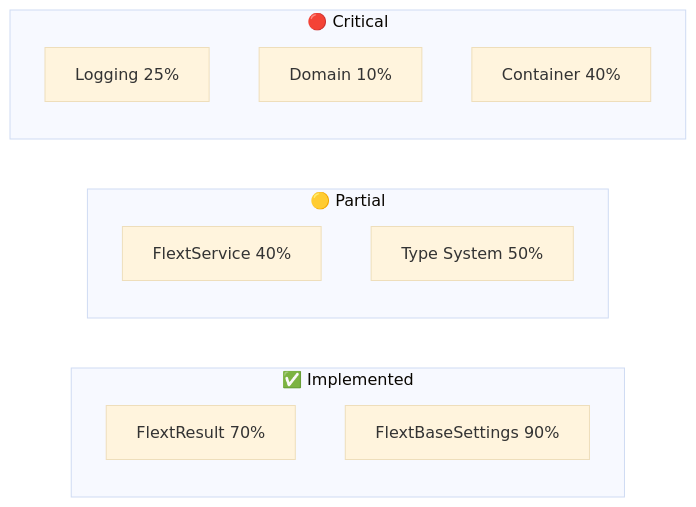
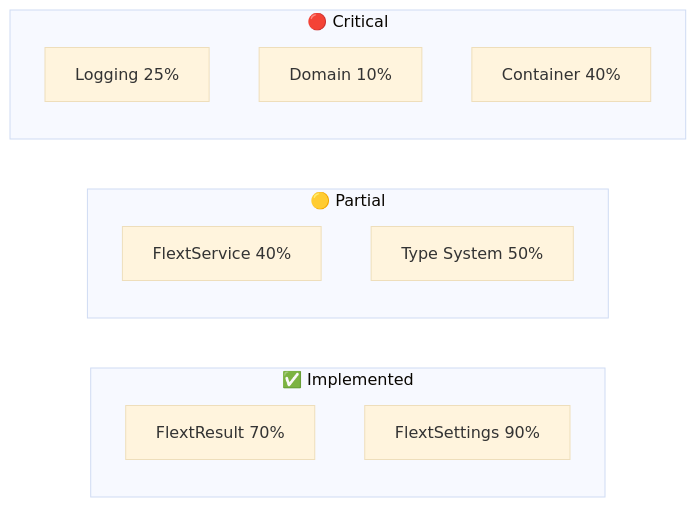
Before and after one commit to flext-sh/flext-api: the diagram in docs/index.md, drawn with Mermaid (base theme). The commit also changed 12 other files, not shown here.

````diff
--- a/docs/index.md
+++ b/docs/index.md
@@ -121,18 +121,18 @@
 ```mermaid
 graph LR
     subgraph "✅ Implemented"
         A[FlextResult 70%]
-        B[FlextBaseSettings 90%]
+        B[FlextSettings 90%]
     end
 
     subgraph "🟡 Partial"
         C[FlextService 40%]
         D[Type System 50%]
     end
 
     subgraph "🔴 Critical"
         E[Logging 25%]
         F[Domain 10%]
         G[Container 40%]
     end
 ```
````
